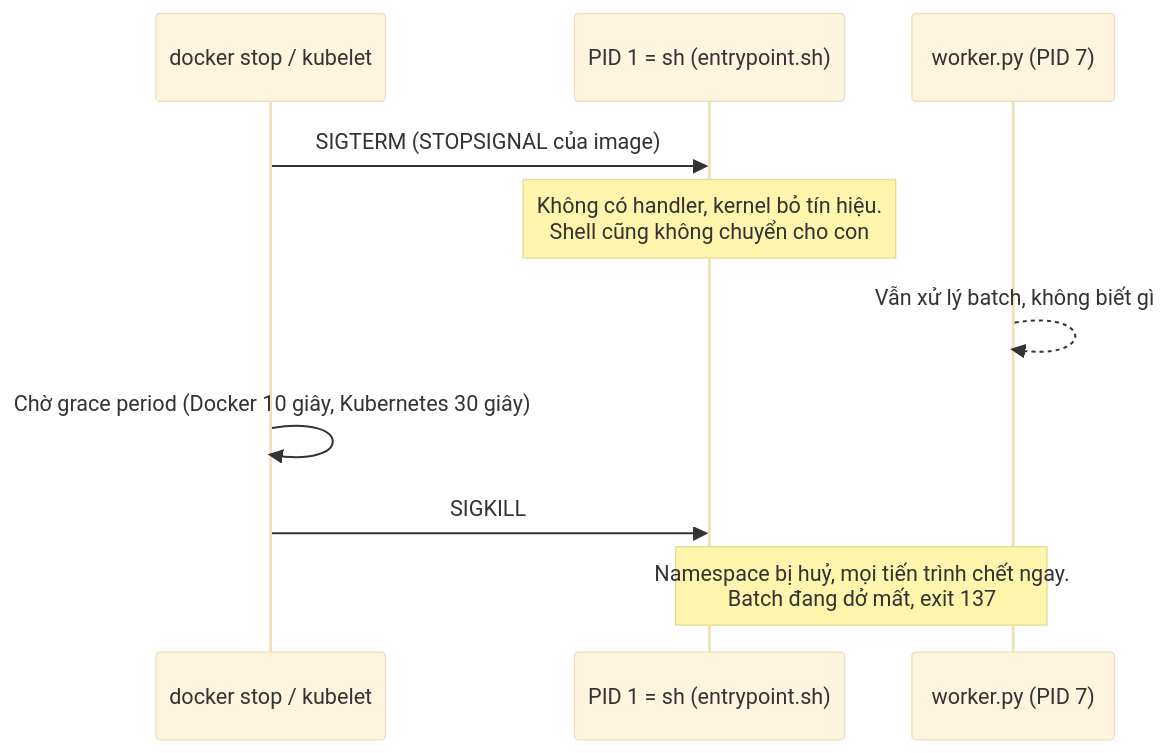
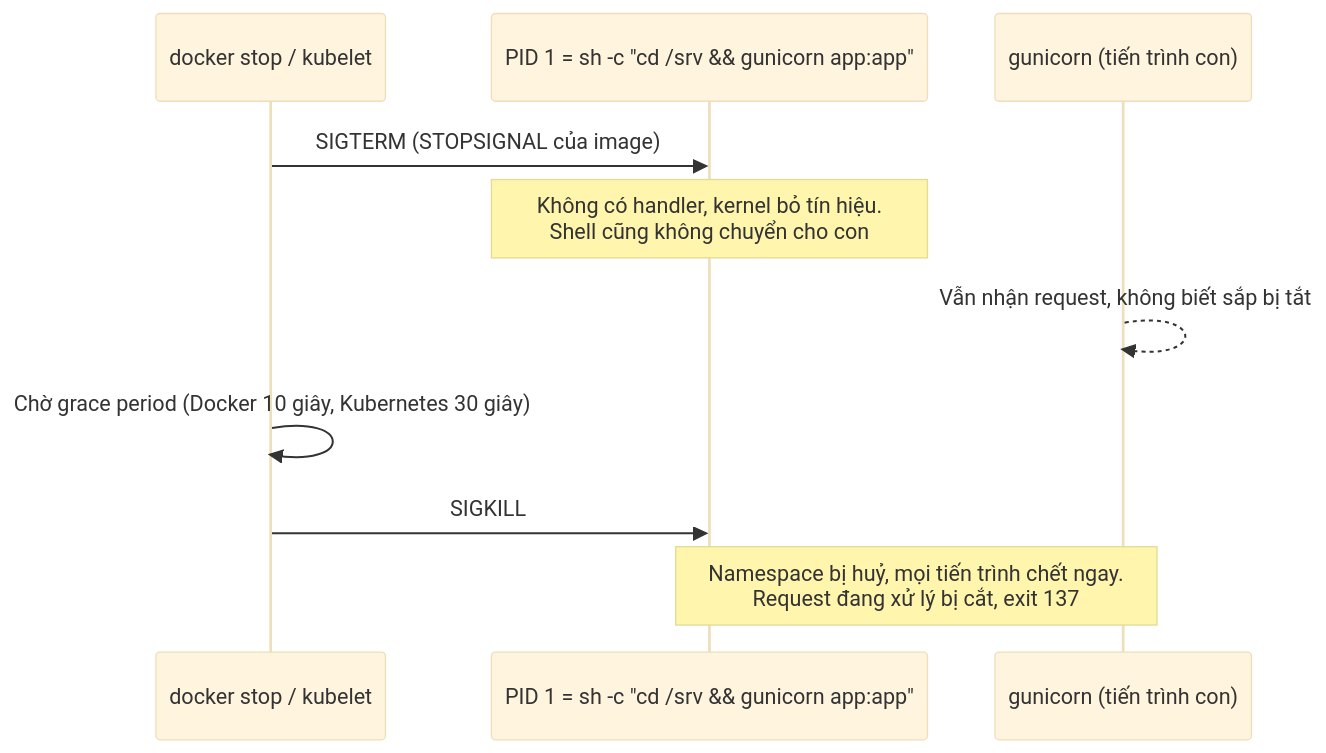
One commit to Buicongbang04/Learning_Platform changed the third of 3 diagrams in tracks/devops/modules/06-containers/README.md. Above: the diagram before and after it, drawn with Mermaid (base theme). The commit also changed other lines of this file and 14 other files, not shown here.

Commit message:
DevOps 06: giấu nguyên nhân bài sự cố khỏi lý thuyết và interview, chấm log của chính worker, skip mạng chỉ khi bước lỗi chết vì mạng, user namespace GA từ 1.36

````diff
--- a/tracks/devops/modules/06-containers/README.md
+++ b/tracks/devops/modules/06-containers/README.md
@@ -418,12 +419,12 @@
 ```mermaid
 sequenceDiagram
   participant O as docker stop / kubelet
-  participant S as PID 1 = sh (entrypoint.sh)
-  participant W as worker.py (PID 7)
+  participant S as PID 1 = sh -c "cd /srv && gunicorn app:app"
+  participant W as gunicorn (tiến trình con)
   O->>S: SIGTERM (STOPSIGNAL của image)
   Note over S: Không có handler, kernel bỏ tín hiệu.<br/>Shell cũng không chuyển cho con
-  W-->>W: Vẫn xử lý batch, không biết gì
+  W-->>W: Vẫn nhận request, không biết sắp bị tắt
   O->>O: Chờ grace period (Docker 10 giây, Kubernetes 30 giây)
   O->>S: SIGKILL
-  Note over S,W: Namespace bị huỷ, mọi tiến trình chết ngay.<br/>Batch đang dở mất, exit 137
+  Note over S,W: Namespace bị huỷ, mọi tiến trình chết ngay.<br/>Request đang xử lý bị cắt, exit 137
 ```
````
